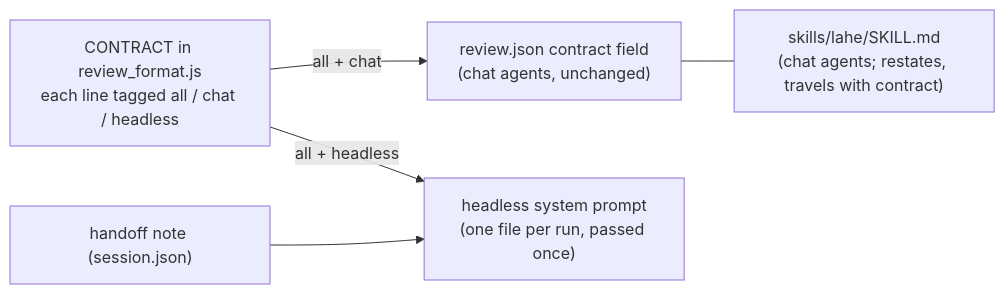
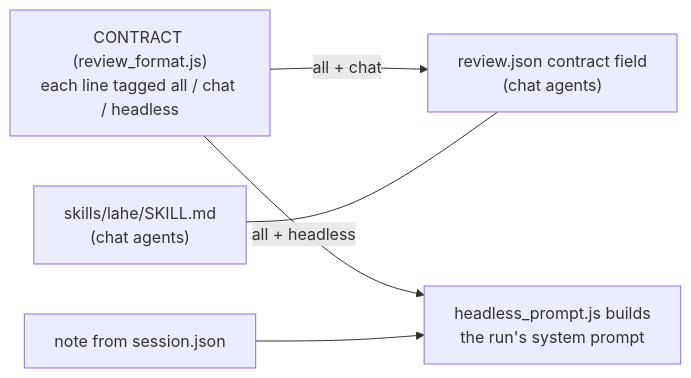
One commit to kenxle/live-agentic-html-editor changed the sixth of 6 diagrams in docs/features/20260929.01_lahe_agent_sdk/02_architecture_lahe_agent_sdk.md. Above: the diagram before and after it, drawn with Mermaid. The commit also changed other lines of this file and 1 other file, not shown here.

````diff
--- a/docs/features/20260929.01_lahe_agent_sdk/02_architecture_lahe_agent_sdk.md
+++ b/docs/features/20260929.01_lahe_agent_sdk/02_architecture_lahe_agent_sdk.md
@@ -279,8 +367,8 @@
 ```mermaid
 flowchart LR
-  C["CONTRACT in review_format.js<br/>each line tagged all / chat / headless"]
-  C -->|"all + chat"| RJ["review.json contract field<br/>(chat agents, unchanged)"]
-  C -->|"all + headless"| HP["headless system prompt<br/>(one file per run, passed once)"]
-  N["handoff note (session.json)"] --> HP
-  RJ --- SK["skills/lahe/SKILL.md<br/>(chat agents; restates, travels with contract)"]
+  C["CONTRACT (review_format.js)<br/>each line tagged all / chat / headless"]
+  C -->|"all + chat"| RJ["review.json contract field<br/>(chat agents)"]
+  C -->|"all + headless"| HP["headless_prompt.js builds<br/>the run's system prompt"]
+  N["note from session.json"] --> HP
+  SK["skills/lahe/SKILL.md<br/>(chat agents)"] --- RJ
 ```
````
